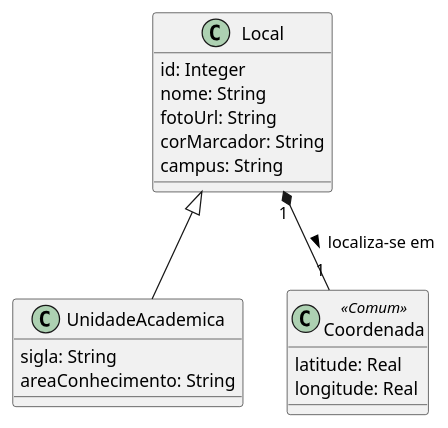
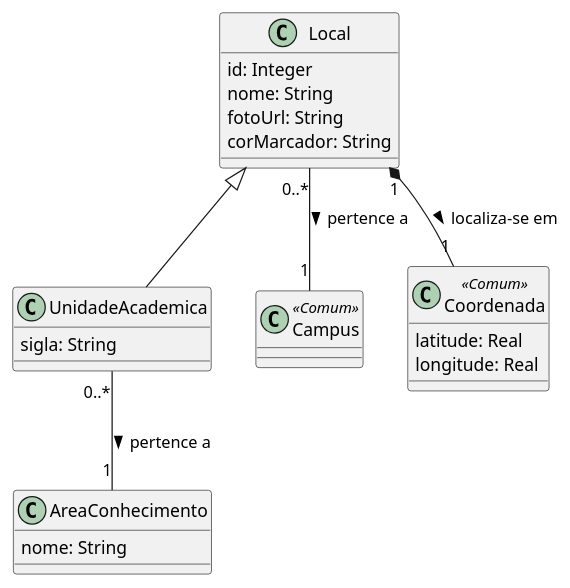
The diagram in Locais/DD-Locais-01.md (joseduardogon/Minha_UFG_Grupo_Cinza), drawn with PlantUML before and after one commit. The commit also changed other lines of this file and 38 other files, not shown here.

````diff
--- a/Locais/DD-Locais-01.md
+++ b/Locais/DD-Locais-01.md
@@ -54,22 +68,28 @@
 ```plantuml
 class Local {
   id: Integer
   nome: String
   fotoUrl: String
   corMarcador: String
-  campus: String
 }
 
 class UnidadeAcademica {
   sigla: String
-  areaConhecimento: String
 }
+
+class AreaConhecimento {
+  nome: String
+}
+
+class Campus <<Comum>>
 
 class Coordenada <<Comum>> {
   latitude: Real
   longitude: Real
 }
 
 Local <|-- UnidadeAcademica
 Local "1" *-- "1" Coordenada : localiza-se em >
+Local "0..*" -- "1" Campus : pertence a >
+UnidadeAcademica "0..*" -- "1" AreaConhecimento : pertence a >
 ```
````
